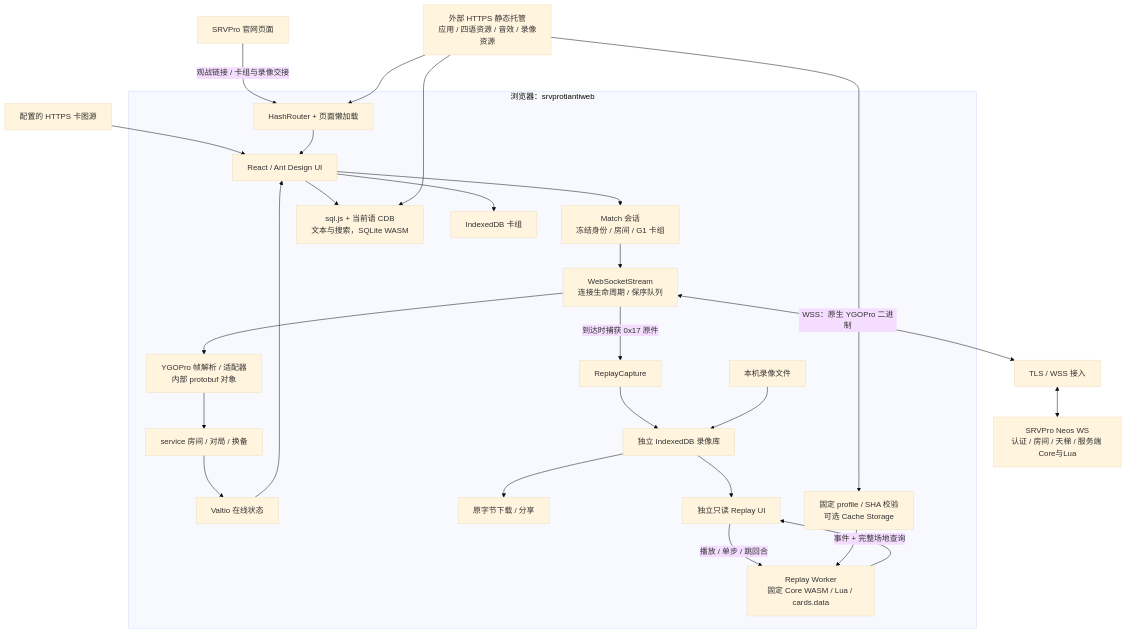
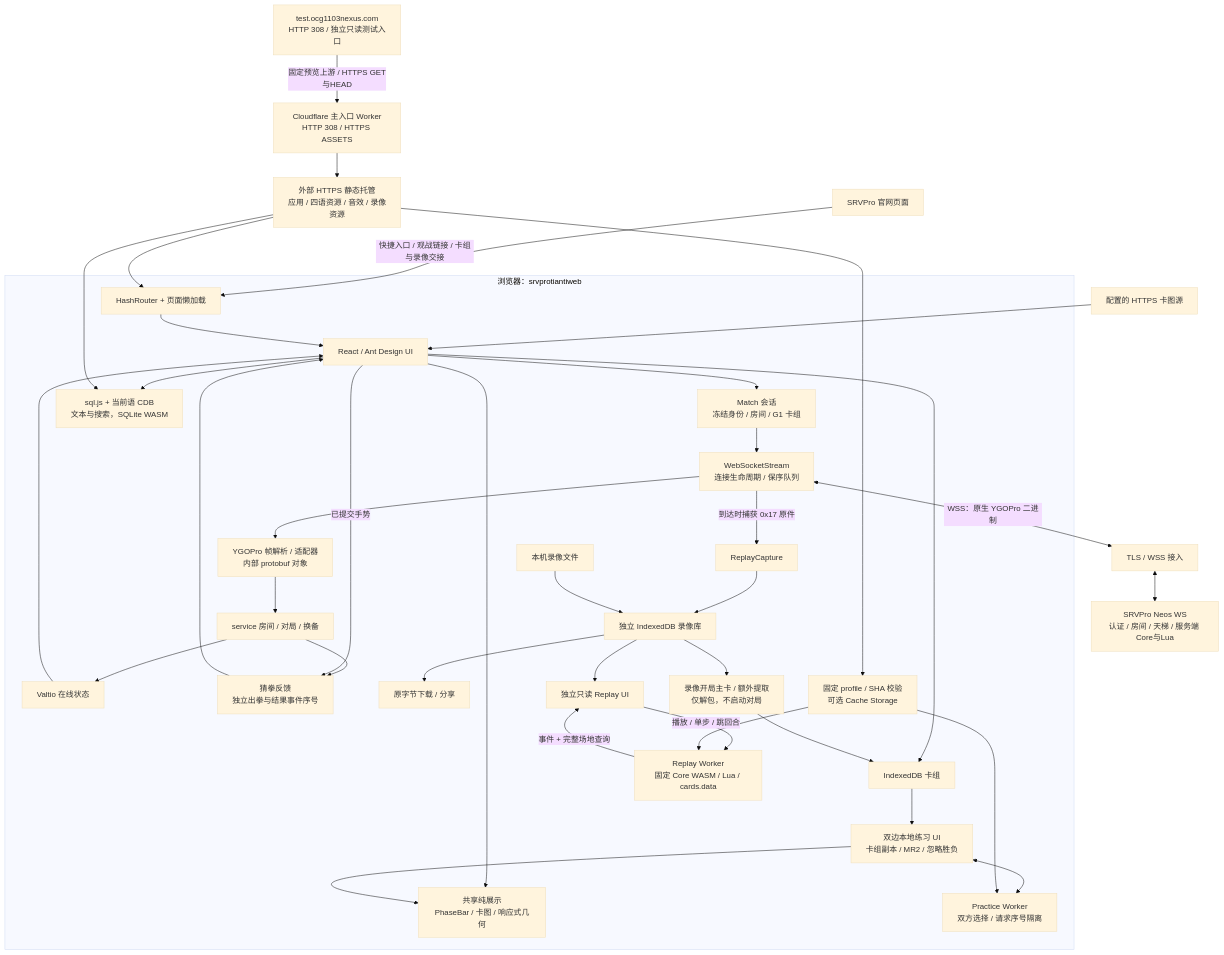
The first of 5 diagrams in docs/ARCHITECTURE.md (301zrg/srvprotiantiweb), drawn with Mermaid (base theme) before and after one commit. The commit also changed other lines of this file and 275 other files, not shown here.

````diff
--- a/docs/ARCHITECTURE.md
+++ b/docs/ARCHITECTURE.md
@@ -9,29 +9,41 @@
 ```mermaid
 flowchart TB
-  Website["SRVPro 官网页面"] -->|"观战链接 / 卡组与录像交接"| Router
+  Website["SRVPro 官网页面"] -->|"快捷入口 / 观战链接 / 卡组与录像交接"| Router
   Static["外部 HTTPS 静态托管<br/>应用 / 四语资源 / 音效 / 录像资源"] --> Router
+  StaticEntry["Cloudflare 主入口 Worker<br/>HTTP 308 / HTTPS ASSETS"] --> Static
+  TestEntry["test.ocg1103nexus.com<br/>HTTP 308 / 独立只读测试入口"] -->|"固定预览上游 / HTTPS GET与HEAD"| StaticEntry
   Images["配置的 HTTPS 卡图源"] --> UI
   subgraph Browser["浏览器：srvprotiantiweb"]
     Router["HashRouter + 页面懒加载"] --> UI["React / Ant Design UI"]
     UI --> Join["Match 会话<br/>冻结身份 / 房间 / G1 卡组"]
+    UI --> SharedDisplay["共享纯展示<br/>PhaseBar / 卡图 / 响应式几何"]
     Join --> Transport["WebSocketStream<br/>连接生命周期 / 保序队列"]
     Transport --> Adapter["YGOPro 帧解析 / 适配器<br/>内部 protobuf 对象"]
     Adapter --> Services["service 房间 / 对局 / 换备"]
     Services --> Stores["Valtio 在线状态"]
     Stores --> UI
+    Services --> RpsNotice["猜拳反馈<br/>独立出拳与结果事件序号"]
+    UI -->|"已提交手势"| RpsNotice
+    RpsNotice --> UI
     UI --> Sqlite["sql.js + 当前语 CDB<br/>文本与搜索，SQLite WASM"]
     UI --> Decks["IndexedDB 卡组"]
     Transport -->|"到达时捕获 0x17 原件"| Capture["ReplayCapture"]
     Capture --> Library["独立 IndexedDB 录像库"]
     Files["本机录像文件"] --> Library
     Library --> Export["原字节下载 / 分享"]
     Library --> Player["独立只读 Replay UI"]
     Player -->|"播放 / 单步 / 跳回合"| Worker["Replay Worker<br/>固定 Core WASM / Lua / cards.data"]
     Worker -->|"事件 + 完整场地查询"| Player
     Profile["固定 profile / SHA 校验<br/>可选 Cache Storage"] --> Worker
+    Library --> Extract["录像开局主卡 / 额外提取<br/>仅解包，不启动对局"]
+    Extract --> Decks
+    Decks --> Practice["双边本地练习 UI<br/>卡组副本 / MR2 / 忽略胜负"]
+    Practice --> SharedDisplay
+    Practice <--> PracticeWorker["Practice Worker<br/>双方选择 / 请求序号隔离"]
+    Profile --> PracticeWorker
   end
   Transport <-->|"WSS：原生 YGOPro 二进制"| Gateway["TLS / WSS 接入"]
   Gateway <--> Server["SRVPro Neos WS<br/>认证 / 房间 / 天梯 / 服务端 Core与Lua"]
   Static --> Sqlite
   Static --> Profile
 ```
````
